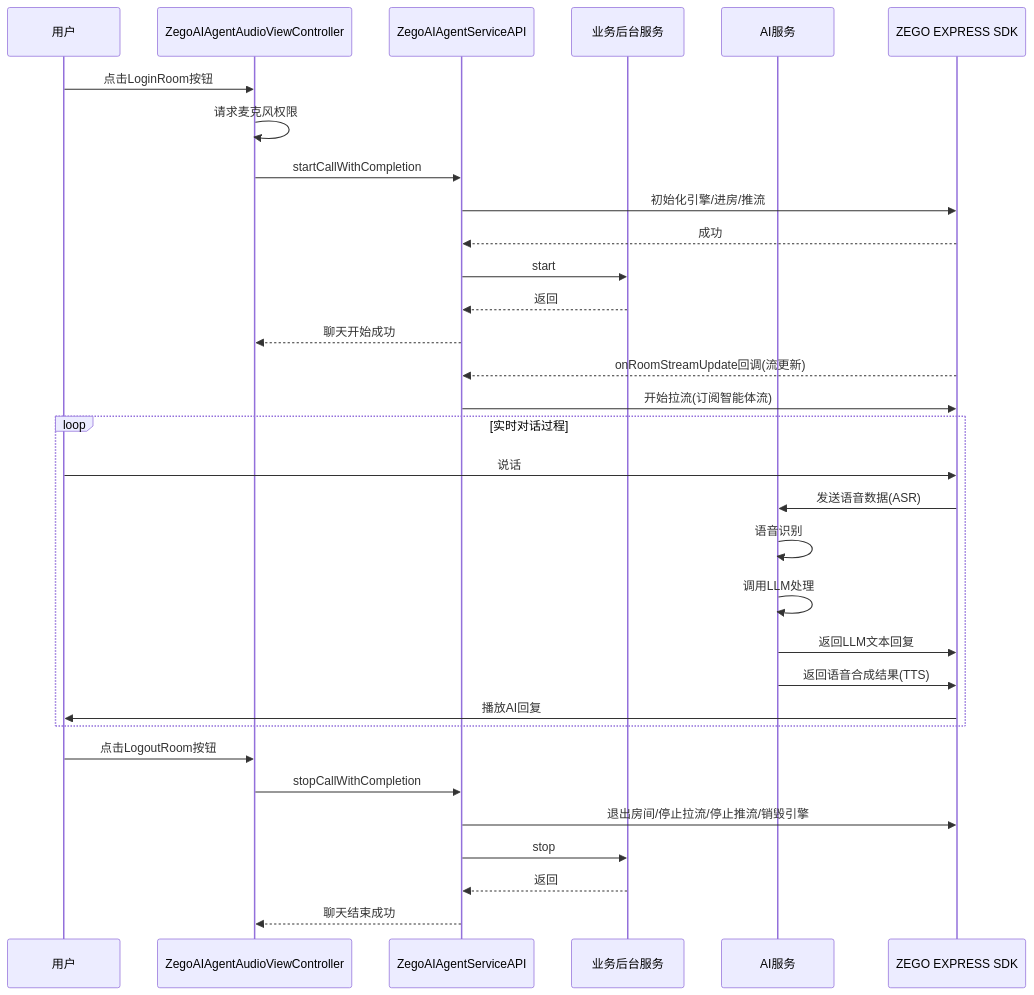
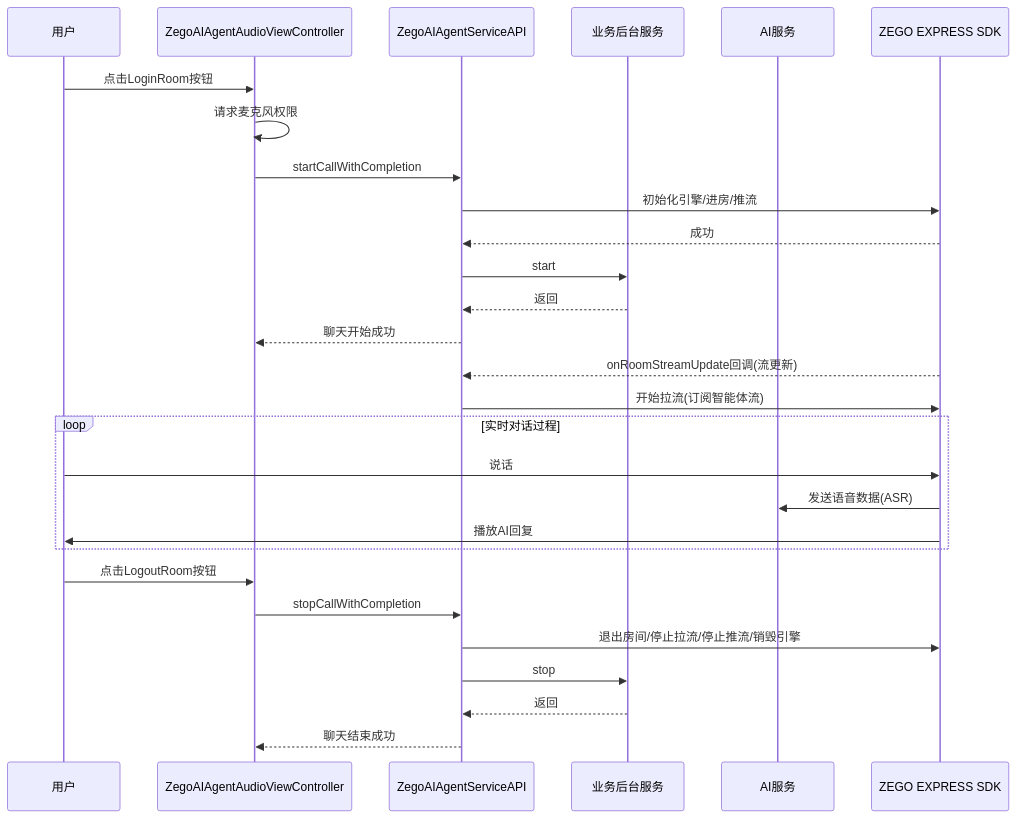
Before and after one commit to ZEGOCLOUD/ai_agent_quick_start: the diagram in ios/README.md, drawn with Mermaid.

Commit message:
更新readme

````diff
--- a/ios/README.md
+++ b/ios/README.md
@@ -48,37 +48,33 @@
 ```mermaid
 sequenceDiagram
     participant User as 用户
     participant AudioVC as ZegoAIAgentAudioViewController
     participant ServiceAPI as ZegoAIAgentServiceAPI
     participant BusinessServer as 业务后台服务
     participant PassServer as AI服务
     participant Express as ZEGO EXPRESS SDK
 
     User->>AudioVC: 点击LoginRoom按钮
     AudioVC->>AudioVC: 请求麦克风权限
     AudioVC->>ServiceAPI:startCallWithCompletion
     ServiceAPI->>Express: 初始化引擎/进房/推流
     Express-->>ServiceAPI: 成功
     ServiceAPI->>BusinessServer: start
     BusinessServer-->>ServiceAPI: 返回
     ServiceAPI-->>AudioVC: 聊天开始成功
     Express-->>ServiceAPI: onRoomStreamUpdate回调(流更新)
     ServiceAPI->>Express: 开始拉流(订阅智能体流)
   
     loop 实时对话过程
         User->>Express: 说话
         Express->>PassServer: 发送语音数据(ASR)
-        PassServer->>PassServer: 语音识别
-        PassServer->>PassServer: 调用LLM处理
-        PassServer->>Express: 返回LLM文本回复
-        PassServer->>Express: 返回语音合成结果(TTS)
        Express->>User: 播放AI回复
     end
   
     User->>AudioVC: 点击LogoutRoom按钮
     AudioVC->>ServiceAPI:stopCallWithCompletion
     ServiceAPI->>Express: 退出房间/停止拉流/停止推流/销毁引擎
     ServiceAPI->>BusinessServer: stop
     BusinessServer-->>ServiceAPI: 返回
     ServiceAPI-->>AudioVC: 聊天结束成功
 ```
````
